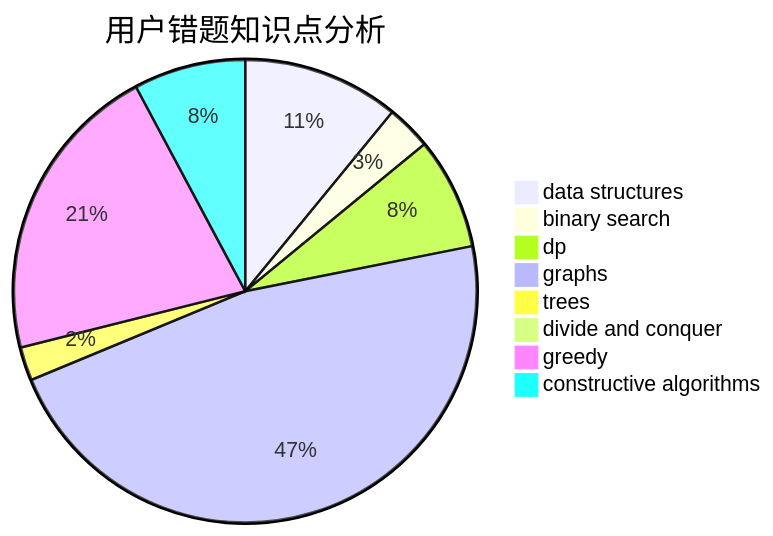
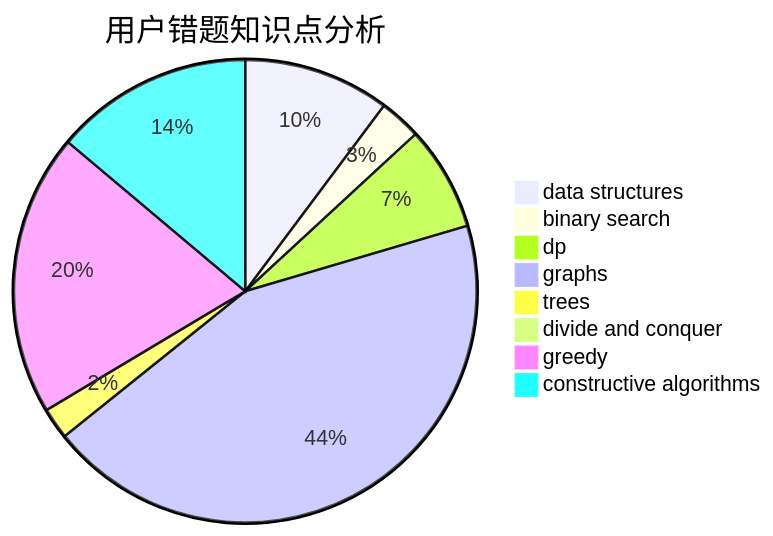
Before and after one commit to sherpahu/cfrs.github.io: the third of 3 diagrams in docs/user/u316.md, drawn with Mermaid. The commit also changed other lines of this file and 2770 other files, not shown here.

````diff
--- a/docs/user/u316.md
+++ b/docs/user/u316.md
@@ -36,11 +36,11 @@
 ```mermaid
 pie title 用户错题知识点分析
     "data structures" :  14
     "binary search" :  4
     "dp" :  10
     "graphs" :  60
     "trees" :  3
     "divide and conquer" :  0
     "greedy" :  27
-    "constructive algorithms" :  10
+    "constructive algorithms" :  19
 ```
````
